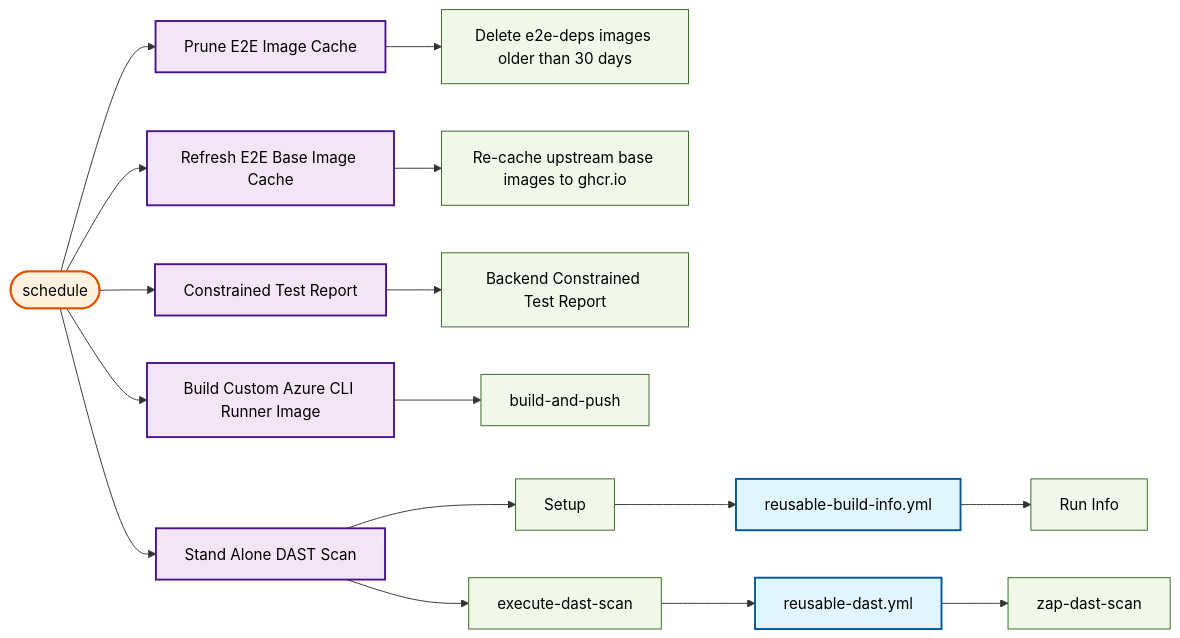
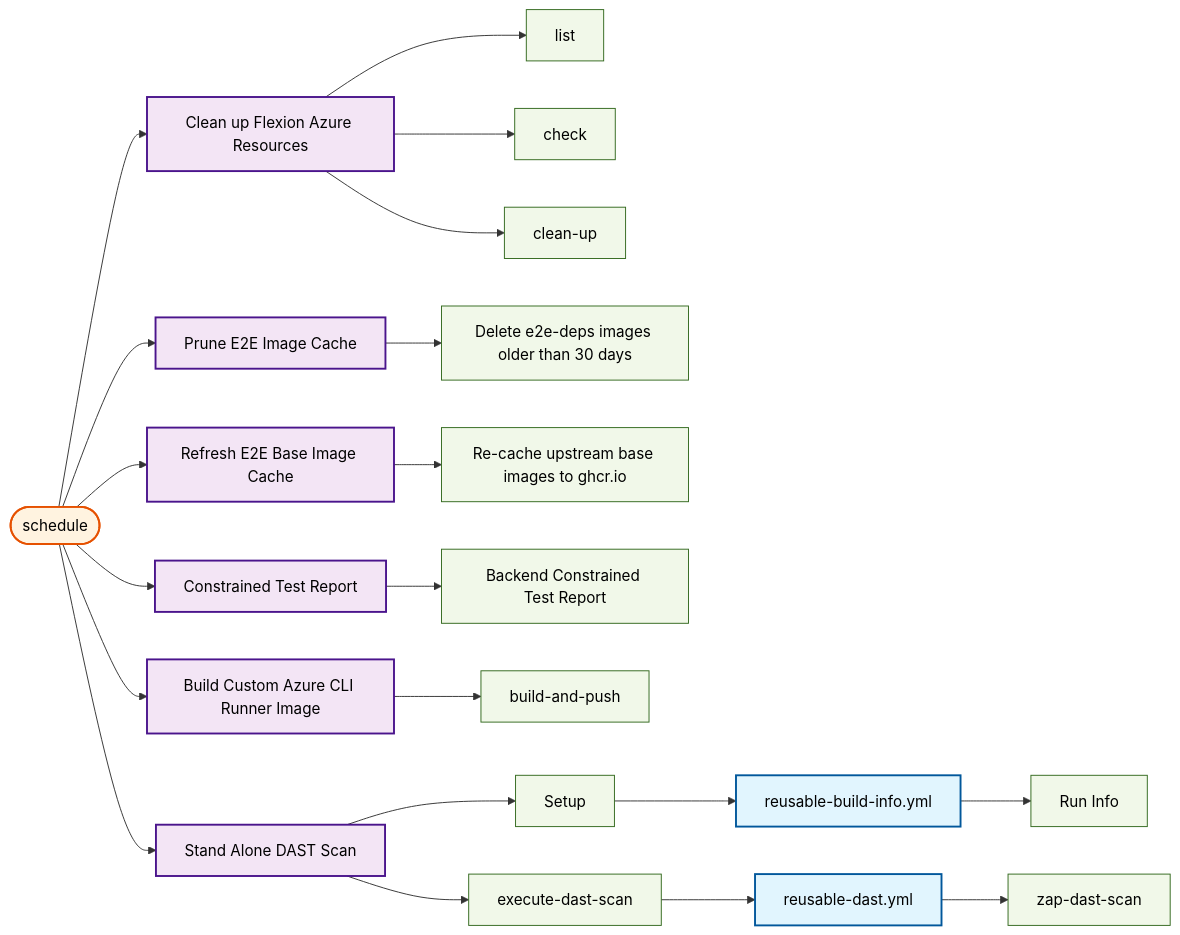
Before and after one commit to US-Trustee-Program/Bankruptcy-Oversight-Support-Systems: the tenth of 27 diagrams in docs/operations/workflow-diagram.md, drawn with Mermaid. The commit also changed other lines of this file and 1 other file, not shown here.

Commit message:
Add nightly branch deployment cleanup

````diff
--- a/docs/operations/workflow-diagram.md
+++ b/docs/operations/workflow-diagram.md
@@ -618,57 +619,69 @@
 ```mermaid
 flowchart LR
     trigger_schedule(["schedule"])
+    azure_remove_branch_yml["Clean up Flexion Azure Resources"]
+    azure_remove_branch_yml_list["list"]
+    azure_remove_branch_yml_check["check"]
+    azure_remove_branch_yml_clean_up["clean-up"]
     prune_e2e_image_cache_yml["Prune E2E Image Cache"]
     prune_e2e_image_cache_yml_prune["Delete e2e-deps images older than 30 days"]
     refresh_e2e_base_images_yml["Refresh E2E Base Image Cache"]
     refresh_e2e_base_images_yml_refresh["Re-cache upstream base images to ghcr.io"]
     constrained_test_report_yml["Constrained Test Report"]
     constrained_test_report_yml_constrained_test_report["Backend Constrained Test Report"]
     build_azure_cli_image_yml["Build Custom Azure CLI Runner Image"]
     build_azure_cli_image_yml_build_and_push["build-and-push"]
     dast_scan_yml["Stand Alone DAST Scan"]
     dast_scan_yml_setup["Setup"]
     reusable_build_info_yml["reusable-build-info.yml"]
     reusable_build_info_yml_build_info["Run Info"]
     dast_scan_yml_execute_dast_scan["execute-dast-scan"]
     reusable_dast_yml["reusable-dast.yml"]
     reusable_dast_yml_zap_dast_scan["zap-dast-scan"]
 
+    trigger_schedule --> azure_remove_branch_yml
+    azure_remove_branch_yml --> azure_remove_branch_yml_list
+    azure_remove_branch_yml --> azure_remove_branch_yml_check
+    azure_remove_branch_yml --> azure_remove_branch_yml_clean_up
     trigger_schedule --> prune_e2e_image_cache_yml
     prune_e2e_image_cache_yml --> prune_e2e_image_cache_yml_prune
     trigger_schedule --> refresh_e2e_base_images_yml
     refresh_e2e_base_images_yml --> refresh_e2e_base_images_yml_refresh
     trigger_schedule --> constrained_test_report_yml
     constrained_test_report_yml --> constrained_test_report_yml_constrained_test_report
     trigger_schedule --> build_azure_cli_image_yml
     build_azure_cli_image_yml --> build_azure_cli_image_yml_build_and_push
     trigger_schedule --> dast_scan_yml
     dast_scan_yml --> dast_scan_yml_setup
     reusable_build_info_yml --> reusable_build_info_yml_build_info
     dast_scan_yml_setup --> reusable_build_info_yml
     dast_scan_yml --> dast_scan_yml_execute_dast_scan
     reusable_dast_yml --> reusable_dast_yml_zap_dast_scan
     dast_scan_yml_execute_dast_scan --> reusable_dast_yml
 
     classDef reusable fill:#e1f5fe,stroke:#01579b,stroke-width:2px,color:#000000
     classDef mainWorkflow fill:#f3e5f5,stroke:#4a148c,stroke-width:2px,color:#000000
     classDef trigger fill:#fff3e0,stroke:#e65100,stroke-width:2px,color:#000000
     classDef job fill:#f1f8e9,stroke:#33691e,stroke-width:1px,color:#000000
 
     class trigger_schedule trigger
+    class azure_remove_branch_yml mainWorkflow
+    class azure_remove_branch_yml_list job
+    class azure_remove_branch_yml_check job
+    class azure_remove_branch_yml_clean_up job
     class prune_e2e_image_cache_yml mainWorkflow
     class prune_e2e_image_cache_yml_prune job
     class refresh_e2e_base_images_yml mainWorkflow
     class refresh_e2e_base_images_yml_refresh job
     class constrained_test_report_yml mainWorkflow
     class constrained_test_report_yml_constrained_test_report job
     class build_azure_cli_image_yml mainWorkflow
     class build_azure_cli_image_yml_build_and_push job
     class dast_scan_yml mainWorkflow
     class dast_scan_yml_setup job
     class reusable_build_info_yml reusable
     class reusable_build_info_yml_build_info job
     class dast_scan_yml_execute_dast_scan job
     class reusable_dast_yml reusable
     class reusable_dast_yml_zap_dast_scan job
 ```
````
